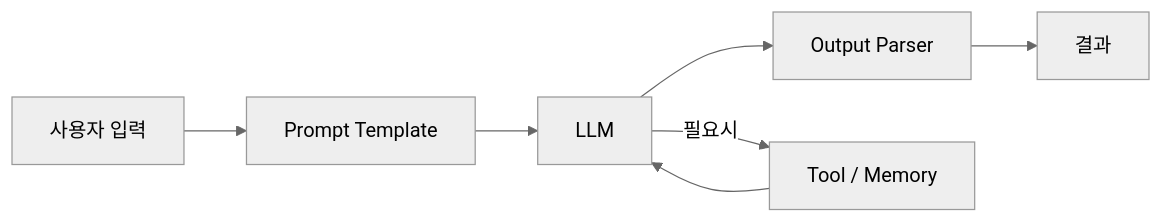
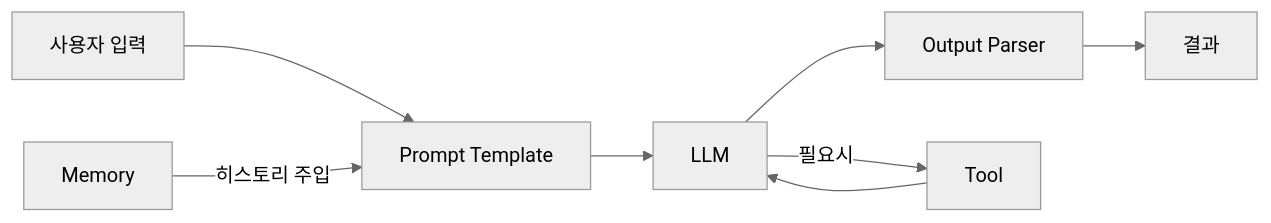
The diagram in langchain/overview.md (seungjun0502/ai-dev-notes), drawn with Mermaid (neutral theme) before and after one commit. The commit also changed other lines of this file, not shown here.

````diff
--- a/langchain/overview.md
+++ b/langchain/overview.md
@@ -15,9 +24,10 @@
 ```mermaid
 flowchart LR
     A[사용자 입력] --> B[Prompt Template]
     B --> C[LLM]
     C --> D[Output Parser]
     D --> E[결과]
-    C -- 필요시 --> F[Tool / Memory]
+    C -- 필요시 --> F[Tool]
     F --> C
+    G[Memory] -- 히스토리 주입 --> B
 ```
````
